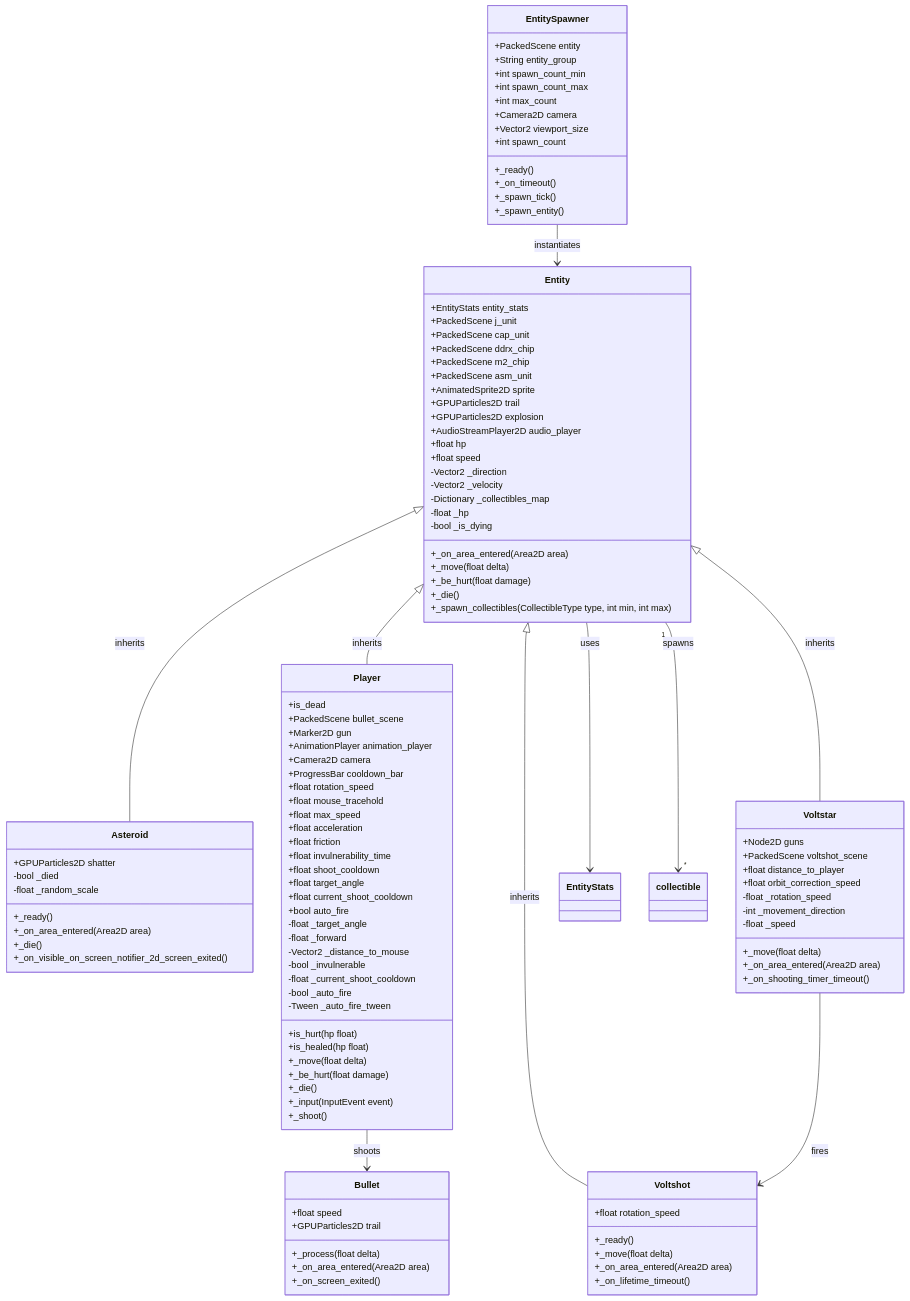
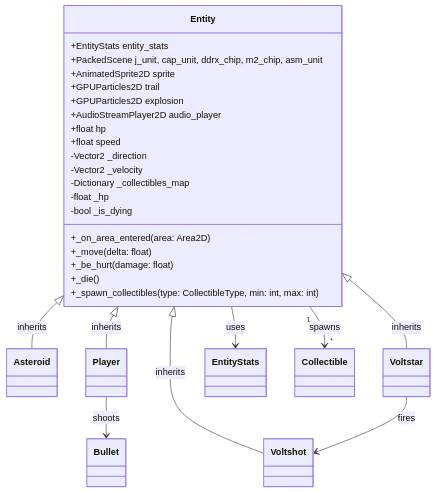
The first of 12 diagrams in docs/classes.md (safwan-ds/AstroDodge), drawn with Mermaid before and after one commit. The commit also changed other lines of this file and 10 other files, not shown here.

````diff
--- a/docs/classes.md
+++ b/docs/classes.md
@@ -13,16 +13,11 @@
     Entity --> EntityStats : uses
     Player --> Bullet : shoots
     Voltstar --> Voltshot : fires
-    Entity "1" --> "*" collectible : spawns
-    EntitySpawner --> Entity : instantiates
+    Entity "1" --> "*" Collectible : spawns
 
     class Entity{
         +EntityStats entity_stats
-        +PackedScene j_unit
-        +PackedScene cap_unit
-        +PackedScene ddrx_chip
-        +PackedScene m2_chip
-        +PackedScene asm_unit
+        +PackedScene j_unit, cap_unit, ddrx_chip, m2_chip, asm_unit
         +AnimatedSprite2D sprite
         +GPUParticles2D trail
         +GPUParticles2D explosion
@@ -34,91 +29,10 @@
         -Dictionary _collectibles_map
         -float _hp
         -bool _is_dying
-        +_on_area_entered(Area2D area)
-        +_move(float delta)
-        +_be_hurt(float damage)
+        +_on_area_entered(area: Area2D)
+        +_move(delta: float)
+        +_be_hurt(damage: float)
         +_die()
-        +_spawn_collectibles(CollectibleType type, int min, int max)
-    }
-    class Player{
-        +is_hurt(hp float)
-        +is_healed(hp float)
-        +is_dead
-        +PackedScene bullet_scene
-        +Marker2D gun
-        +AnimationPlayer animation_player
-        +Camera2D camera
-        +ProgressBar cooldown_bar
-        +float rotation_speed
-        +float mouse_tracehold
-        +float max_speed
-        +float acceleration
-        +float friction
-        +float invulnerability_time
-        +float shoot_cooldown
-        +float target_angle
-        +float current_shoot_cooldown
-        +bool auto_fire
-        -float _target_angle
-        -float _forward
-        -Vector2 _distance_to_mouse
-        -bool _invulnerable
-        -float _current_shoot_cooldown
-        -bool _auto_fire
-        -Tween _auto_fire_tween
-        +_move(float delta)
-        +_be_hurt(float damage)
-        +_die()
-        +_input(InputEvent event)
-        +_shoot()
-    }
-    class Asteroid{
-        +GPUParticles2D shatter
-        -bool _died
-        -float _random_scale
-        +_ready()
-        +_on_area_entered(Area2D area)
-        +_die()
-        +_on_visible_on_screen_notifier_2d_screen_exited()
-    }
-    class Bullet{
-        +float speed
-        +GPUParticles2D trail
-        +_process(float delta)
-        +_on_area_entered(Area2D area)
-        +_on_screen_exited()
-    }
-    class Voltstar{
-        +Node2D guns
-        +PackedScene voltshot_scene
-        +float distance_to_player
-        +float orbit_correction_speed
-        -float _rotation_speed
-        -int _movement_direction
-        -float _speed
-        +_move(float delta)
-        +_on_area_entered(Area2D area)
-        +_on_shooting_timer_timeout()
-    }
-    class Voltshot{
-        +float rotation_speed
-        +_ready()
-        +_move(float delta)
-        +_on_area_entered(Area2D area)
-        +_on_lifetime_timeout()
-    }
-    class EntitySpawner{
-        +PackedScene entity
-        +String entity_group
-        +int spawn_count_min
-        +int spawn_count_max
-        +int max_count
-        +Camera2D camera
-        +Vector2 viewport_size
-        +int spawn_count
-        +_ready()
-        +_on_timeout()
-        +_spawn_tick()
-        +_spawn_entity()
+        +_spawn_collectibles(type: CollectibleType, min: int, max: int)
     }
 ```
````
